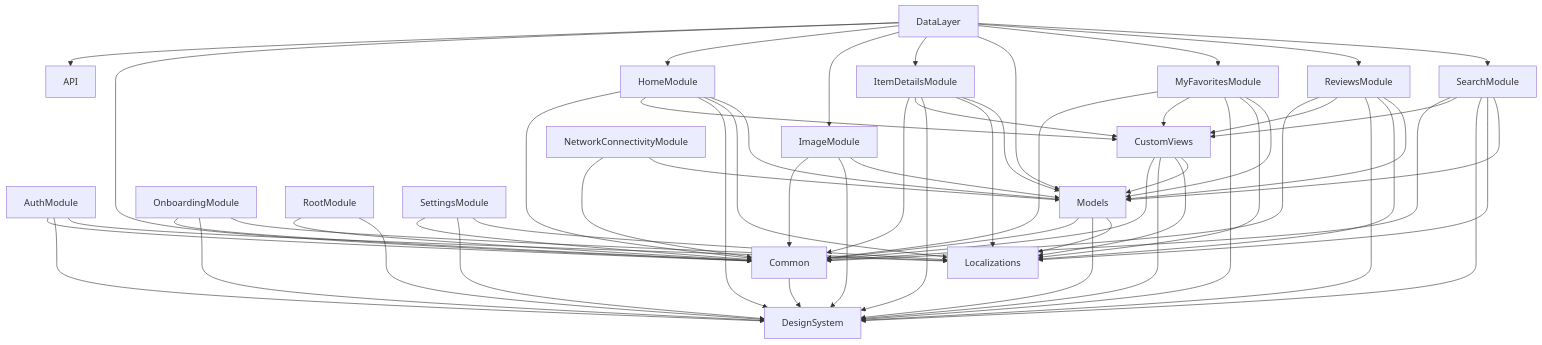
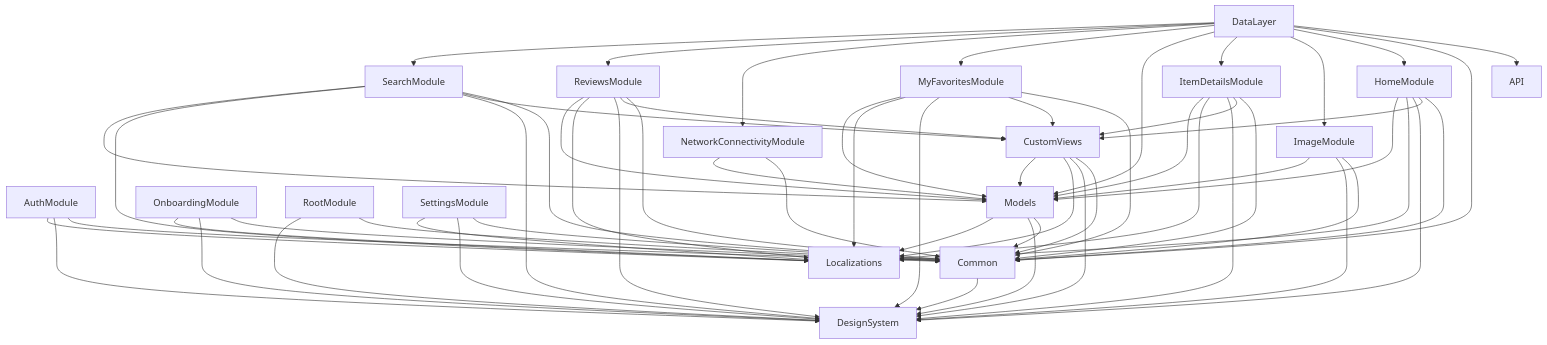
One commit to urlaunched-com/SwiftUI-UDF-ExampleProject changed the diagram in MODULE_GRAPH.md. Above: the diagram before and after it, drawn with Mermaid. The commit also changed 6 other files, not shown here.

Commit message:
Inject the network connectivity monitor through the environment

```diff
--- a/MODULE_GRAPH.md
+++ b/MODULE_GRAPH.md
@@ -23,6 +23,7 @@
   DataLayer --> ItemDetailsModule
   DataLayer --> Models
   DataLayer --> MyFavoritesModule
+  DataLayer --> NetworkConnectivityModule
   DataLayer --> ReviewsModule
   DataLayer --> SearchModule
 
```
